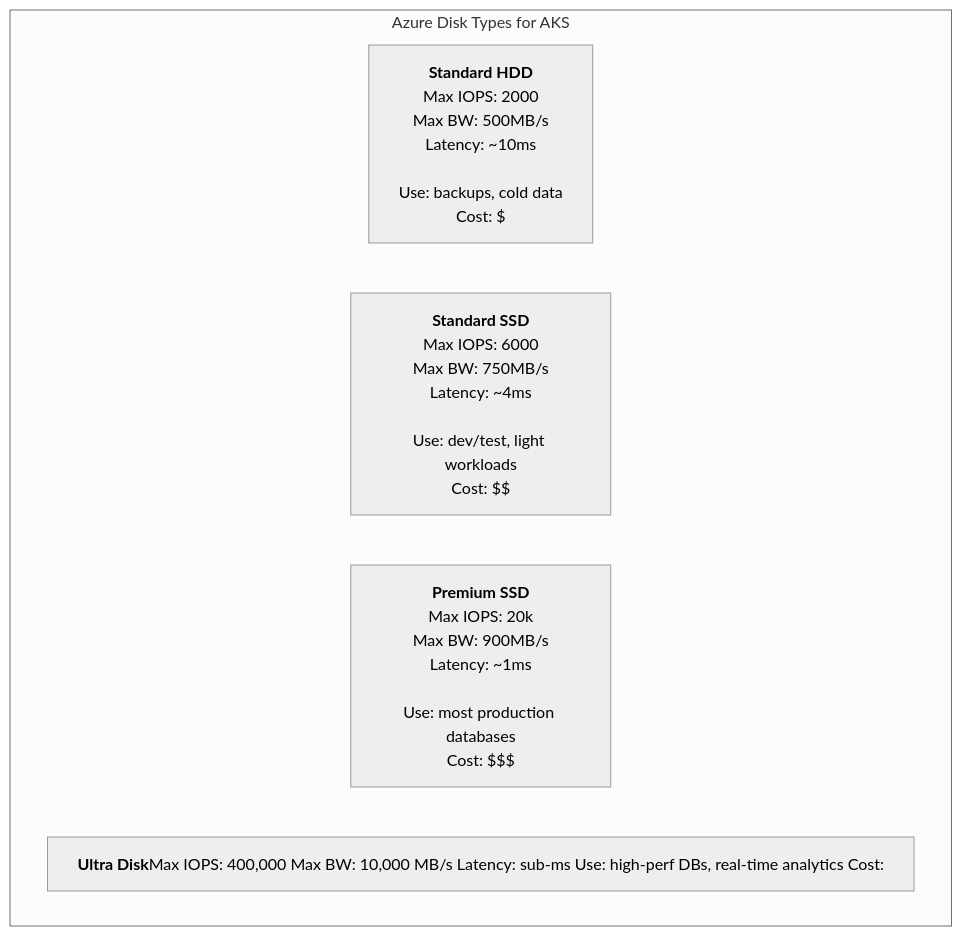
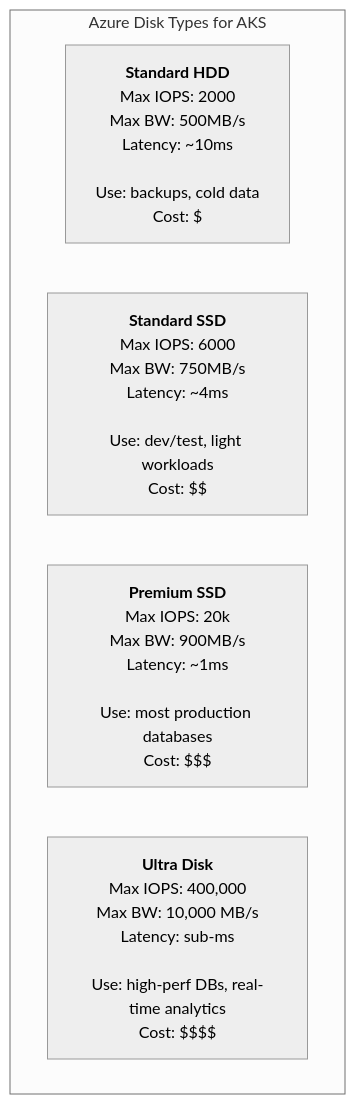
One commit to kube-dojo/kube-dojo.github.io changed the first of 5 diagrams in src/content/docs/cloud/aks-deep-dive/module-7.4-aks-production.md. Above: the diagram before and after it, drawn with Mermaid (neutral theme).

Commit message:
fix(content): isolate AKS node currency from math parsing (#3448)

````diff
--- a/src/content/docs/cloud/aks-deep-dive/module-7.4-aks-production.md
+++ b/src/content/docs/cloud/aks-deep-dive/module-7.4-aks-production.md
@@ -40,9 +40,9 @@
 ```mermaid
 graph TD
     subgraph Azure Disk Types for AKS
         HDD["<b>Standard HDD</b><br/>Max IOPS: 2000<br/>Max BW: 500MB/s<br/>Latency: ~10ms<br/><br/>Use: backups, cold data<br/>Cost: $"]
         SSD["<b>Standard SSD</b><br/>Max IOPS: 6000<br/>Max BW: 750MB/s<br/>Latency: ~4ms<br/><br/>Use: dev/test, light workloads<br/>Cost: $$"]
         Premium["<b>Premium SSD</b><br/>Max IOPS: 20k<br/>Max BW: 900MB/s<br/>Latency: ~1ms<br/><br/>Use: most production databases<br/>Cost: $$$"]
-        Ultra["<b>Ultra Disk</b><br/>Max IOPS: 400,000<br/>Max BW: 10,000 MB/s<br/>Latency: sub-ms<br/><br/>Use: high-perf DBs, real-time analytics<br/>Cost: #36;#36;#36;#36;"]
+        Ultra["<b>Ultra Disk</b><br/>Max IOPS: 400,000<br/>Max BW: 10,000 MB/s<br/>Latency: sub-ms<br/><br/>Use: high-perf DBs, real-time analytics<br/>Cost: <span>$</span><span>$</span><span>$</span><span>$</span>"]
     end
 ```
````
